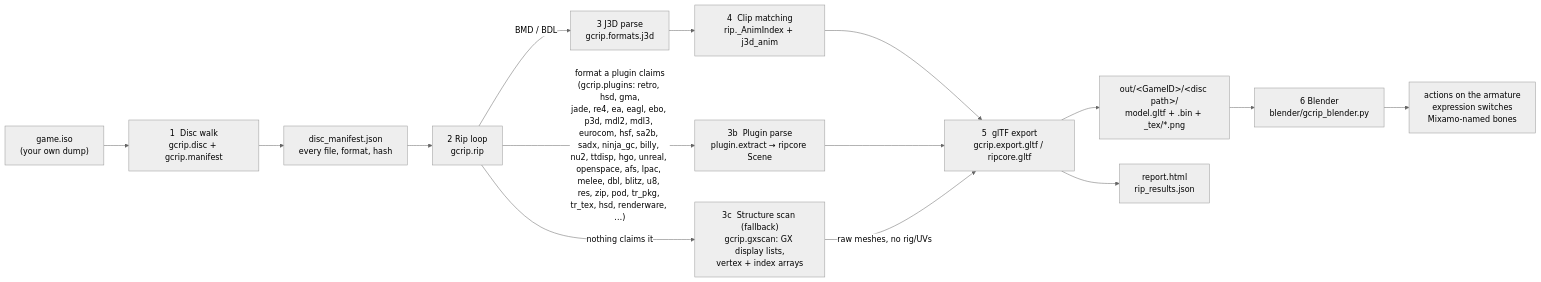
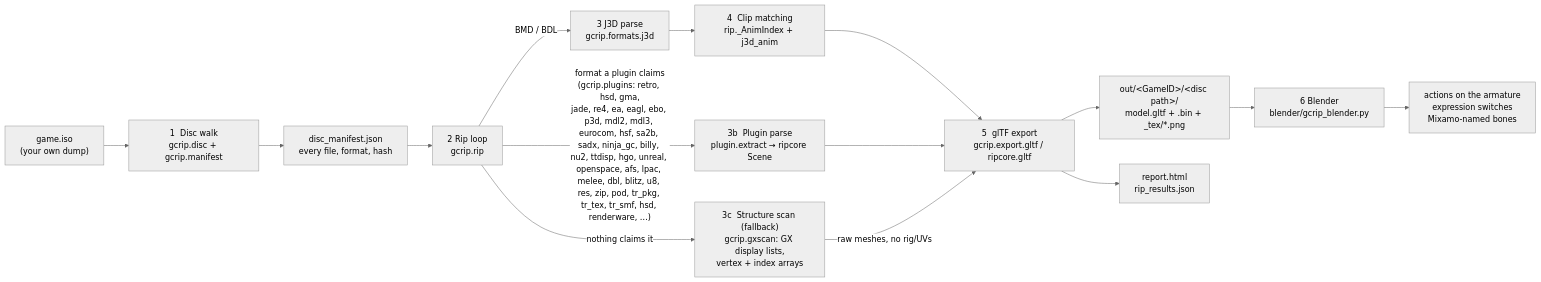
Before and after one commit to Felbs/3d-ripper-9000: the first of 9 diagrams in docs/PIPELINE.md, drawn with Mermaid (neutral theme). The commit also changed other lines of this file and 5 other files, not shown here.

````diff
--- a/docs/PIPELINE.md
+++ b/docs/PIPELINE.md
@@ -11,17 +11,17 @@
 ```mermaid
 flowchart LR
     ISO["game.iso<br/>(your own dump)"] --> WALK["1  Disc walk<br/>gcrip.disc + gcrip.manifest"]
     WALK --> MAN["disc_manifest.json<br/>every file, format, hash"]
     MAN --> RIP["2  Rip loop<br/>gcrip.rip"]
     RIP -->|"BMD / BDL"| J3D["3  J3D parse<br/>gcrip.formats.j3d"]
-    RIP -->|"format a plugin claims<br/>(gcrip.plugins: retro, hsd, gma,<br/>jade, re4, ea, eagl, ebo, p3d, mdl2, mdl3, eurocom, hsf, sa2b, sadx, ninja_gc, billy, nu2, ttdisp, hgo, unreal, openspace, afs, lpac, melee, dbl, blitz, u8, res, zip, pod, tr_pkg, tr_tex, hsd, renderware, …)"| PLUG["3b  Plugin parse<br/>plugin.extract → ripcore Scene"]
+    RIP -->|"format a plugin claims<br/>(gcrip.plugins: retro, hsd, gma,<br/>jade, re4, ea, eagl, ebo, p3d, mdl2, mdl3, eurocom, hsf, sa2b, sadx, ninja_gc, billy, nu2, ttdisp, hgo, unreal, openspace, afs, lpac, melee, dbl, blitz, u8, res, zip, pod, tr_pkg, tr_tex, tr_smf, hsd, renderware, …)"| PLUG["3b  Plugin parse<br/>plugin.extract → ripcore Scene"]
     RIP -->|"nothing claims it"| GX["3c  Structure scan (fallback)<br/>gcrip.gxscan: GX display lists,<br/>vertex + index arrays"]
     J3D --> ANIM["4  Clip matching<br/>rip._AnimIndex + j3d_anim"]
     ANIM --> GLTF["5  glTF export<br/>gcrip.export.gltf / ripcore.gltf"]
     PLUG --> GLTF
     GX -->|"raw meshes, no rig/UVs"| GLTF
     GLTF --> OUT["out/&lt;GameID&gt;/&lt;disc path&gt;/<br/>model.gltf + .bin + _tex/*.png"]
     GLTF --> REP["report.html<br/>rip_results.json"]
     OUT --> BL["6  Blender<br/>blender/gcrip_blender.py"]
     BL --> PLAY["actions on the armature<br/>expression switches<br/>Mixamo-named bones"]
 ```
````
